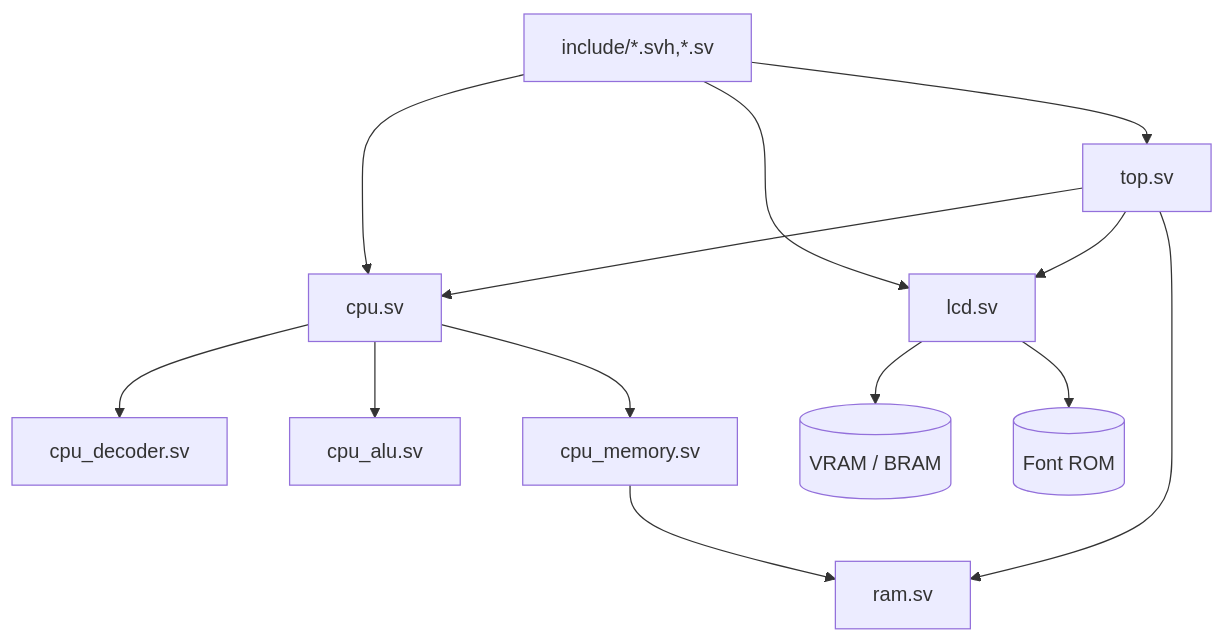
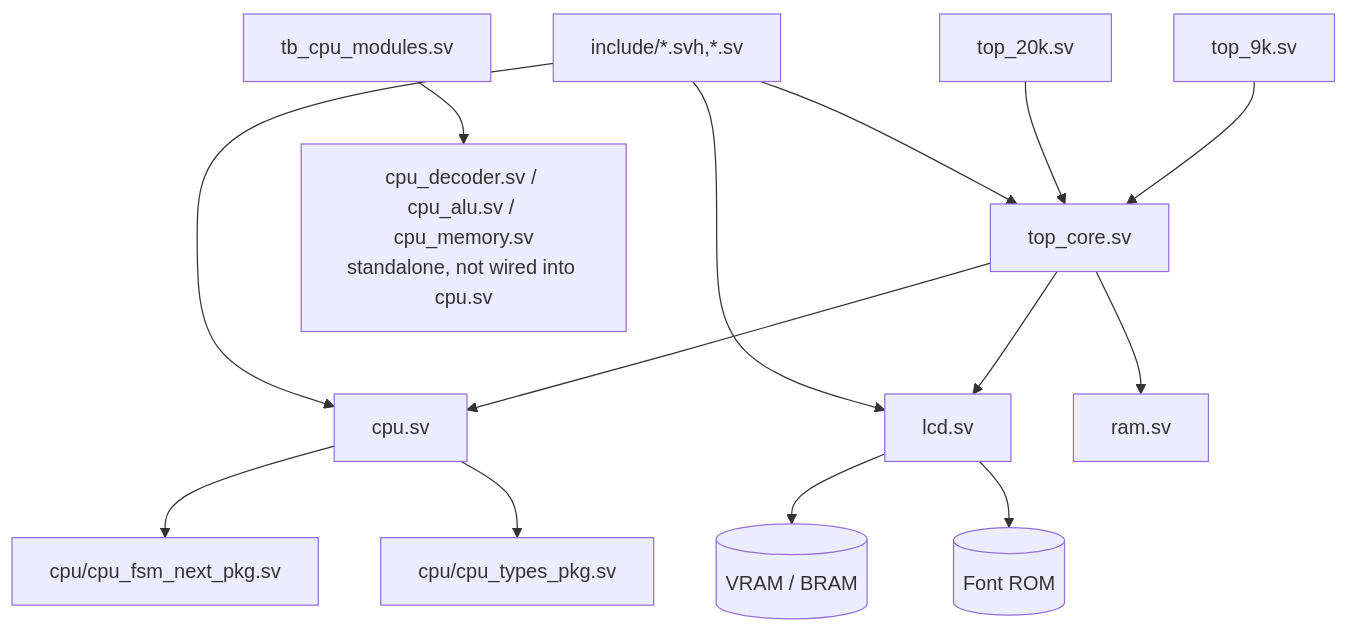
The diagram in day99_completed/docs/MODULE_MAP.md (sokoide/tangnano_6502_cpu), drawn with Mermaid before and after one commit. The commit also changed other lines of this file and 183 other files, not shown here.

````diff
--- a/day99_completed/docs/MODULE_MAP.md
+++ b/day99_completed/docs/MODULE_MAP.md
@@ -7,18 +7,21 @@
 ```mermaid
 graph TD
-  top[top.sv] --> cpu[cpu.sv]
-  top --> lcd[lcd.sv]
-  top --> ram[ram.sv]
+  top9[top_9k.sv] --> core[top_core.sv]
+  top20[top_20k.sv] --> core
+  core --> cpu[cpu.sv]
+  core --> lcd[lcd.sv]
+  core --> ram[ram.sv]
 
-  cpu --> dec[cpu_decoder.sv]
-  cpu --> alu[cpu_alu.sv]
-  cpu --> mem[cpu_memory.sv]
+  cpu --> fsm[cpu/cpu_fsm_next_pkg.sv]
+  cpu --> types[cpu/cpu_types_pkg.sv]
 
-  mem --> ram
   lcd --> vram[(VRAM / BRAM)]
   lcd --> font[(Font ROM)]
 
-  inc[include/*.svh,*.sv] --> top
+  inc[include/*.svh,*.sv] --> core
   inc --> cpu
   inc --> lcd
+
+  standalone[cpu_decoder.sv / cpu_alu.sv / cpu_memory.sv<br/>standalone, not wired into cpu.sv]
+  tbm[tb_cpu_modules.sv] --> standalone
 ```
````
